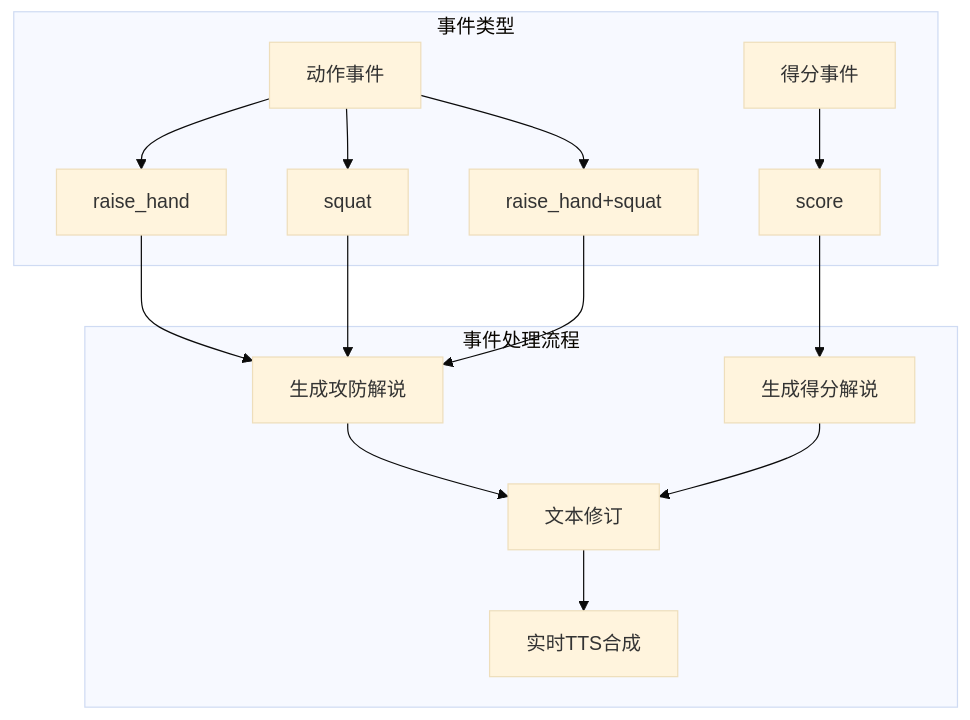
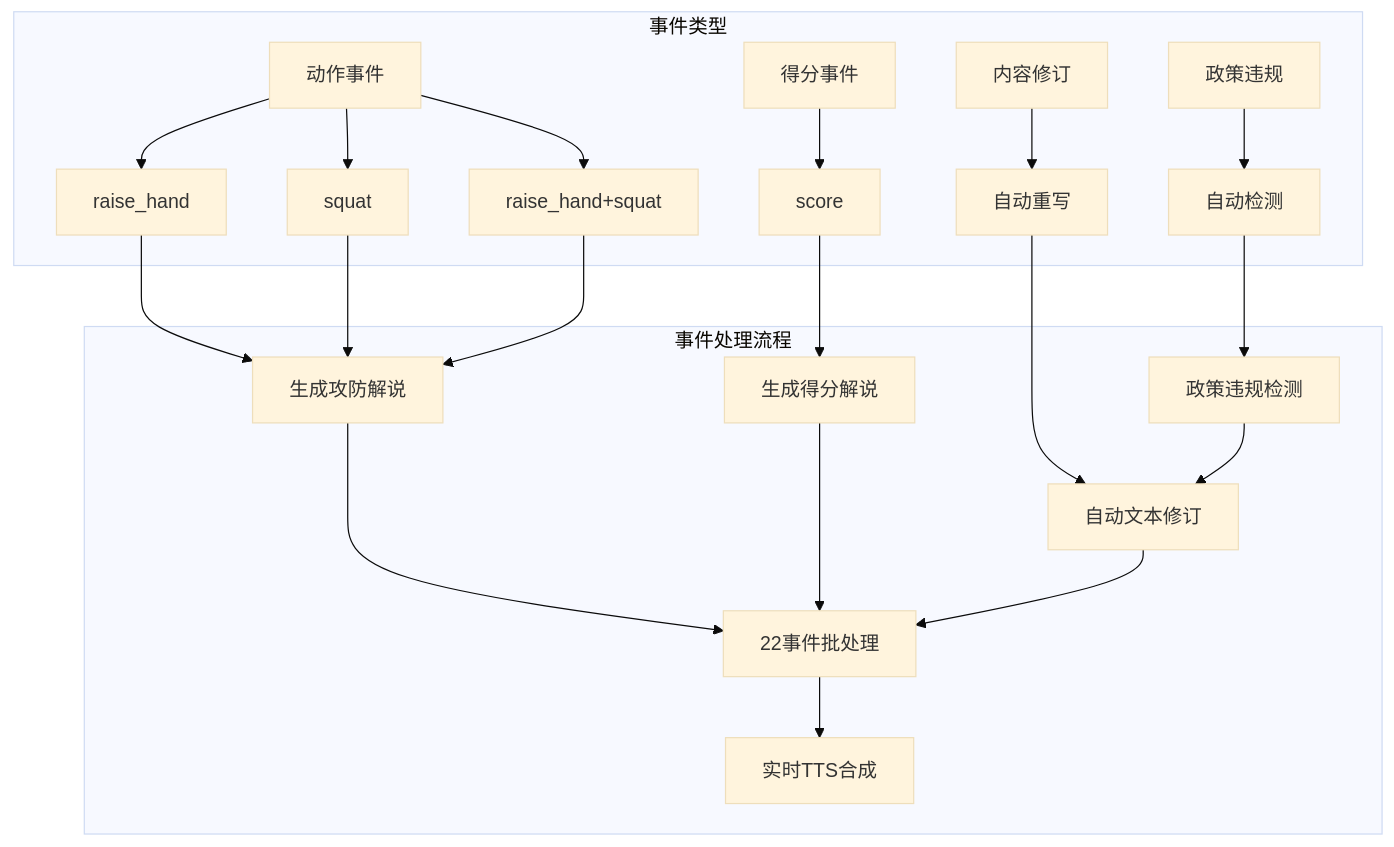
The sixth of 28 diagrams in .qoder/repowiki/zh/content/语音合成服务/实时TTS合成.md (1024dashen/Vue3Speech), drawn with Mermaid (base theme) before and after one commit. The commit also changed other lines of this file and 13 other files, not shown here.

````diff
--- a/.qoder/repowiki/zh/content/语音合成服务/实时TTS合成.md
+++ b/.qoder/repowiki/zh/content/语音合成服务/实时TTS合成.md
@@ -289,18 +310,24 @@
 ```mermaid
 flowchart TD
 subgraph "事件类型"
 A[动作事件] --> A1[raise_hand]
 A --> A2[squat]
 A --> A3[raise_hand+squat]
 B[得分事件] --> B1[score]
+C[政策违规] --> C1[自动检测]
+D[内容修订] --> D1[自动重写]
 end
 subgraph "事件处理流程"
-A1 --> C[生成攻防解说]
-A2 --> C
-A3 --> C
-B1 --> D[生成得分解说]
-C --> E[文本修订]
-D --> E
-E --> F[实时TTS合成]
+A1 --> E[生成攻防解说]
+A2 --> E
+A3 --> E
+B1 --> F[生成得分解说]
+C1 --> G[政策违规检测]
+D1 --> H[自动文本修订]
+E --> I[22事件批处理]
+F --> I
+G --> H
+H --> I
+I --> J[实时TTS合成]
 end
 ```
````
